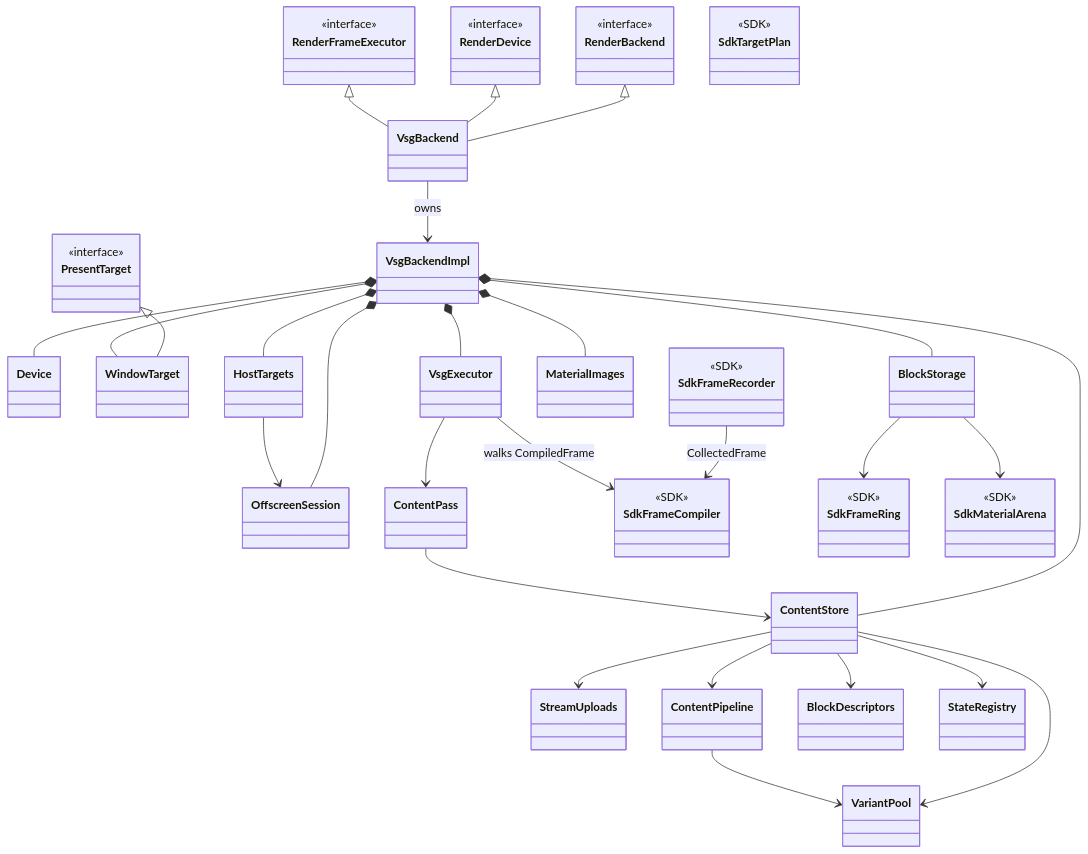
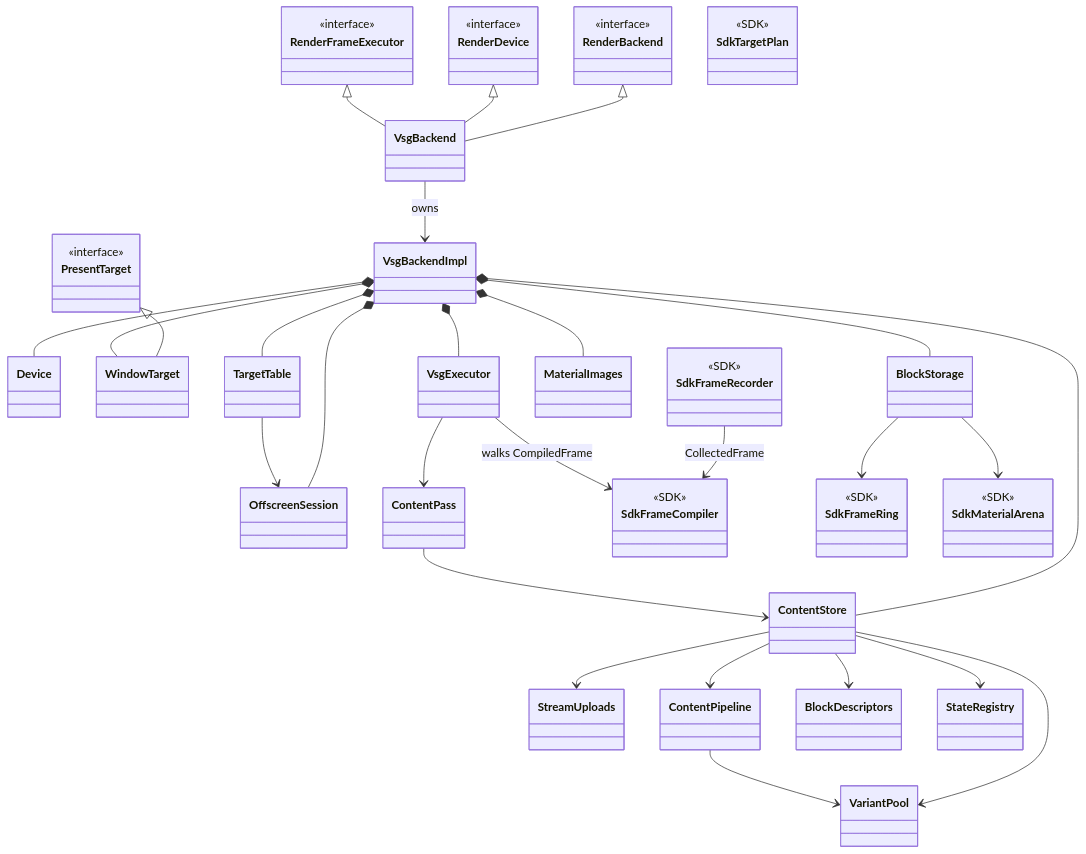
The diagram in .ai/design/vsg-backend.md (lonelyong/Vine), drawn with Mermaid before and after one commit. The commit also changed other lines of this file and 54 other files, not shown here.

````diff
--- a/.ai/design/vsg-backend.md
+++ b/.ai/design/vsg-backend.md
@@ -69,55 +69,55 @@
 ```mermaid
 classDiagram
     class RenderBackend { <<interface>> }
     class RenderDevice { <<interface>> }
     class RenderFrameExecutor { <<interface>> }
     class PresentTarget { <<interface>> }
     class VsgBackend
     class VsgBackendImpl
     class Device
     class WindowTarget
     class OffscreenSession
     class VsgExecutor
     class ContentStore
-    class HostTargets
+    class TargetTable
     class BlockStorage
     class MaterialImages
     class ContentPass
     class StreamUploads
     class ContentPipeline
     class BlockDescriptors
     class VariantPool
     class StateRegistry
     class SdkFrameRecorder { <<SDK>> }
     class SdkFrameCompiler { <<SDK>> }
     class SdkTargetPlan { <<SDK>> }
     class SdkFrameRing { <<SDK>> }
     class SdkMaterialArena { <<SDK>> }
 
     RenderBackend <|-- VsgBackend
     RenderDevice <|-- VsgBackend
     RenderFrameExecutor <|-- VsgBackend
     PresentTarget <|-- WindowTarget
     VsgBackend --> VsgBackendImpl : owns
     VsgBackendImpl *-- Device
     VsgBackendImpl *-- WindowTarget
     VsgBackendImpl *-- OffscreenSession
     VsgBackendImpl *-- VsgExecutor
     VsgBackendImpl *-- ContentStore
-    VsgBackendImpl *-- HostTargets
+    VsgBackendImpl *-- TargetTable
     VsgBackendImpl *-- BlockStorage
     VsgBackendImpl *-- MaterialImages
     SdkFrameRecorder --> SdkFrameCompiler : CollectedFrame
     VsgExecutor --> SdkFrameCompiler : walks CompiledFrame
     VsgExecutor --> ContentPass
     ContentPass --> ContentStore
     ContentStore --> StreamUploads
     ContentStore --> ContentPipeline
     ContentStore --> BlockDescriptors
     ContentStore --> VariantPool
     ContentStore --> StateRegistry
     ContentPipeline --> VariantPool
     BlockStorage --> SdkFrameRing
     BlockStorage --> SdkMaterialArena
-    HostTargets --> OffscreenSession
+    TargetTable --> OffscreenSession
 ```
````
